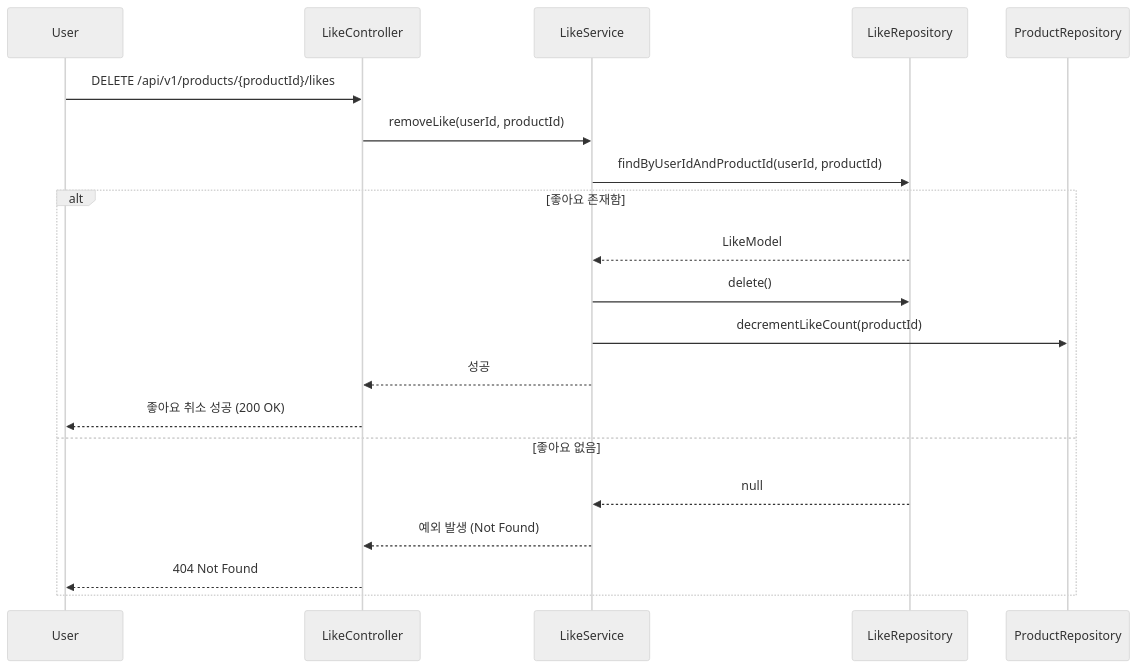
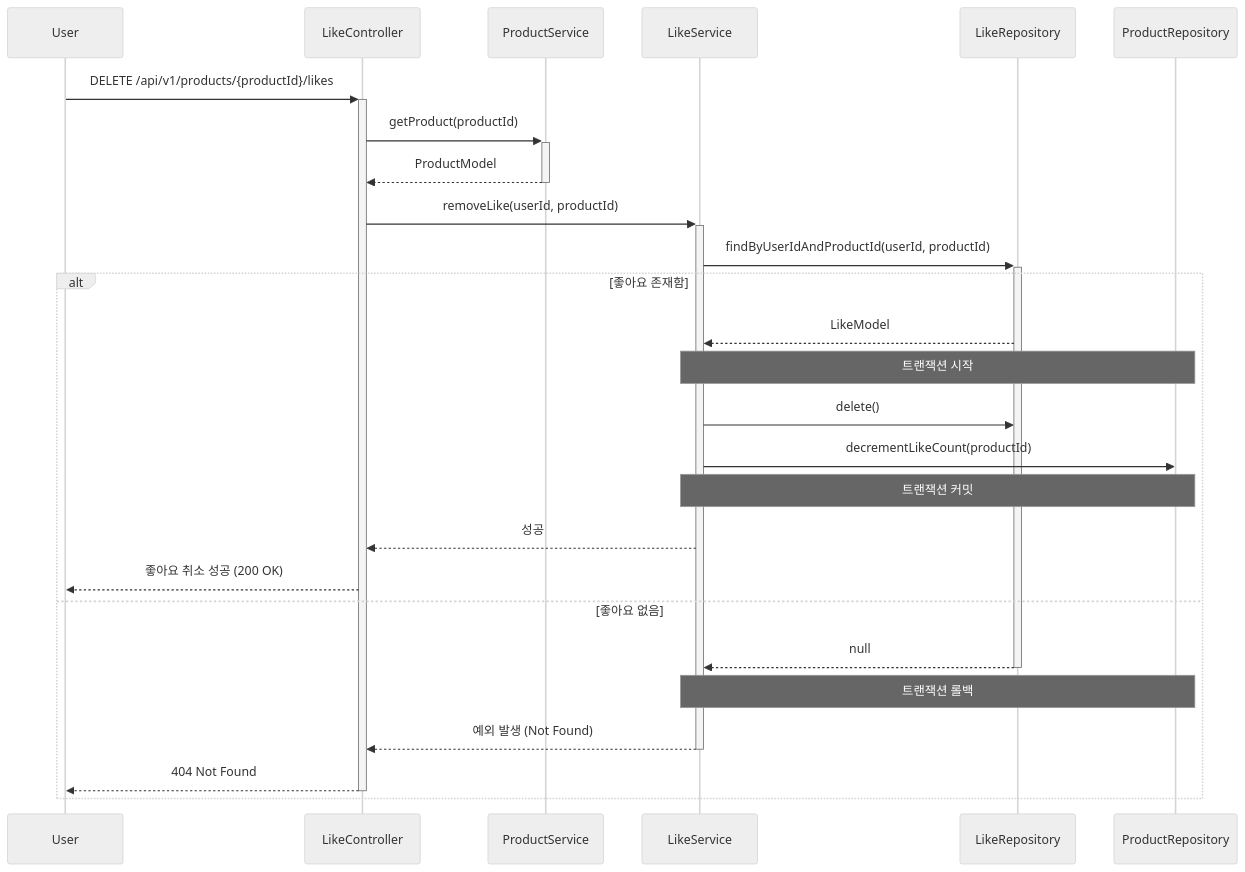
Before and after one commit to Loopers-dev-lab/loop-pack-be-l2-vol3-kotlin: diagram 15 of 21 in .docs/design/02-sequence-diagrams.md, drawn with Mermaid (neutral theme). The commit also changed other lines of this file, not shown here.

Commit message:
docs: 시퀀스 다이어그램 activation bar 추가

````diff
--- a/.docs/design/02-sequence-diagrams.md
+++ b/.docs/design/02-sequence-diagrams.md
@@ -455,24 +456,30 @@
 ```mermaid
 sequenceDiagram
     participant User
     participant LikeController
+    participant ProductService
     participant LikeService
     participant LikeRepository
     participant ProductRepository
 
-    User ->> LikeController: DELETE /api/v1/products/{productId}/likes
-    LikeController ->> LikeService: removeLike(userId, productId)
-    LikeService ->> LikeRepository: findByUserIdAndProductId(userId, productId)
+    User ->>+ LikeController: DELETE /api/v1/products/{productId}/likes
+    LikeController ->>+ ProductService: getProduct(productId)
+    ProductService -->>- LikeController: ProductModel
+    LikeController ->>+ LikeService: removeLike(userId, productId)
+    LikeService ->>+ LikeRepository: findByUserIdAndProductId(userId, productId)
 
     alt 좋아요 존재함
         LikeRepository -->> LikeService: LikeModel
+        Note over LikeService, ProductRepository: 트랜잭션 시작
         LikeService ->> LikeRepository: delete()
         LikeService ->> ProductRepository: decrementLikeCount(productId)
+        Note over LikeService, ProductRepository: 트랜잭션 커밋
         LikeService -->> LikeController: 성공
         LikeController -->> User: 좋아요 취소 성공 (200 OK)
     else 좋아요 없음
-        LikeRepository -->> LikeService: null
-        LikeService -->> LikeController: 예외 발생 (Not Found)
-        LikeController -->> User: 404 Not Found
+        LikeRepository -->>- LikeService: null
+        Note over LikeService, ProductRepository: 트랜잭션 롤백
+        LikeService -->>- LikeController: 예외 발생 (Not Found)
+        LikeController -->>- User: 404 Not Found
     end
 ```
````
